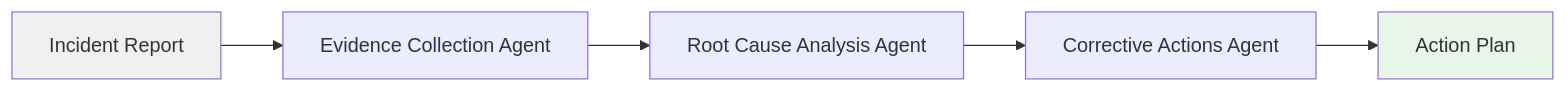
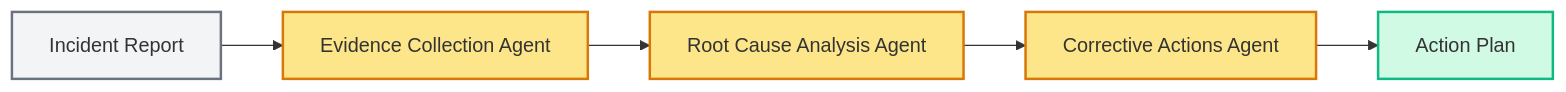
The third of 3 diagrams in README.md (lraigosov/multi-agent), drawn with Mermaid before and after one commit. The commit also changed other lines of this file, not shown here.

Commit message:
style: Improve diagram colors for better GitHub readability

````diff
--- a/README.md
+++ b/README.md
@@ -593,10 +602,13 @@
 ```mermaid
 graph LR
     A[Incident Report] --> B[Evidence Collection Agent]
     B --> C[Root Cause Analysis Agent]
     C --> D[Corrective Actions Agent]
     D --> E[Action Plan]
     
-    style A fill:#f0f0f0
-    style E fill:#e8f5e9
+    style A fill:#f3f4f6,stroke:#6b7280,stroke-width:2px
+    style B fill:#fde68a,stroke:#d97706,stroke-width:2px
+    style C fill:#fde68a,stroke:#d97706,stroke-width:2px
+    style D fill:#fde68a,stroke:#d97706,stroke-width:2px
+    style E fill:#d1fae5,stroke:#10b981,stroke-width:2px
 ```
````
